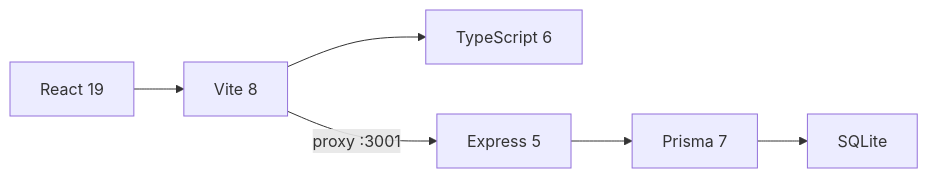
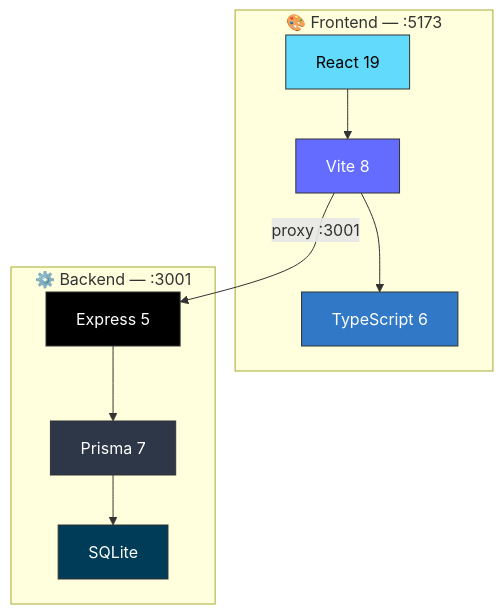
Before and after one commit to gcorrea2005/06-Apto_Suegros: the diagram in README.md, drawn with Mermaid. The commit also changed other lines of this file and 108 other files, not shown here.

````diff
--- a/README.md
+++ b/README.md
@@ -37,8 +46,21 @@
 ```mermaid
-graph LR
-    A[React 19] --> B[Vite 8]
-    B --> C[TypeScript 6]
-    D[Express 5] --> E[Prisma 7]
-    E --> F[SQLite]
-    B -- proxy :3001 --> D
+graph TB
+    subgraph Frontend ["🎨 Frontend — :5173"]
+        RE[React 19] --> VI[Vite 8]
+        VI --> TS[TypeScript 6]
+    end
+    
+    subgraph Backend ["⚙️ Backend — :3001"]
+        EX[Express 5] --> PR[Prisma 7]
+        PR --> SL[SQLite]
+    end
+    
+    VI -- "proxy :3001" --> EX
+    
+    style RE fill:#61DAFB,stroke:#333,color:#000
+    style VI fill:#646CFF,stroke:#333,color:#fff
+    style TS fill:#3178C6,stroke:#333,color:#fff
+    style EX fill:#000,stroke:#333,color:#fff
+    style PR fill:#2D3748,stroke:#333,color:#fff
+    style SL fill:#003B57,stroke:#333,color:#fff
 ```
````
